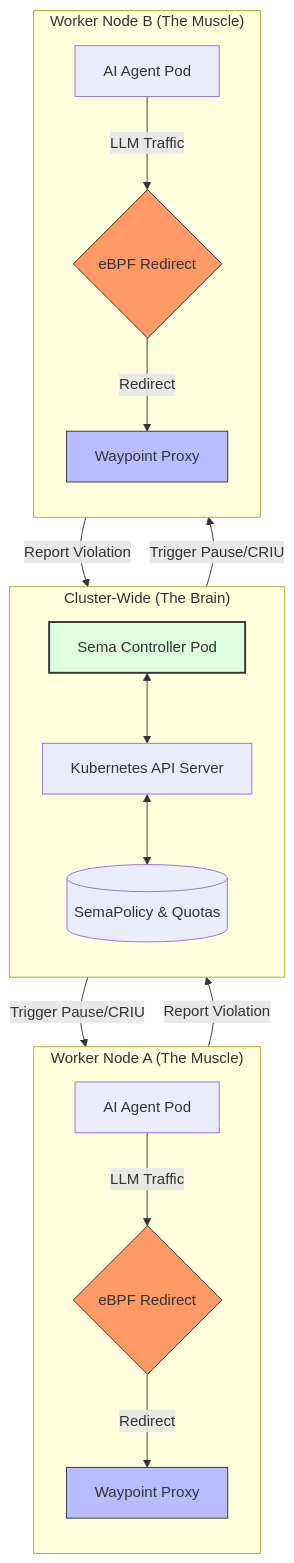
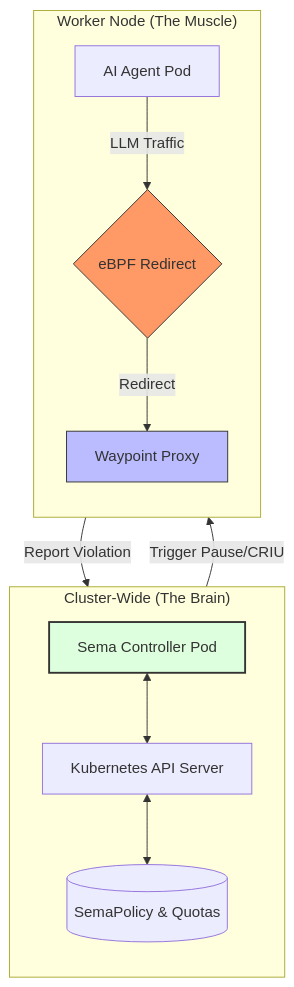
The diagram in README.md (semamesh/SemaMesh), drawn with Mermaid before and after one commit. The commit also changed other lines of this file and 11 other files, not shown here.

````diff
--- a/README.md
+++ b/README.md
@@ -36,44 +32,30 @@
 ```mermaid
 graph TD
-  subgraph "Cluster-Wide (The Brain)"
-    direction TB
-    Controller[Sema Controller Pod]
-    K8sAPI[Kubernetes API Server]
-    CRD[(SemaPolicy & Quotas)]
+    subgraph "Cluster-Wide (The Brain)"
+        direction TB
+        Controller[Sema Controller Pod]
+        K8sAPI[Kubernetes API Server]
+        CRD[(SemaPolicy & Quotas)]
 
-    Controller <--> K8sAPI
-    K8sAPI <--> CRD
-  end
+        Controller <--> K8sAPI
+        K8sAPI <--> CRD
+    end
 
-  subgraph "Worker Node A (The Muscle)"
-    direction TB
-    AgentA[AI Agent Pod]
-    eBPFA{eBPF Redirect}
-    WaypointA[Waypoint Proxy]
+    subgraph "Worker Node (The Muscle)"
+        direction TB
+        AgentA[AI Agent Pod]
+        eBPFA{eBPF Redirect}
+        WaypointA[Waypoint Proxy]
 
-    AgentA -- "LLM Traffic" --> eBPFA
-    eBPFA -- "Redirect" --> WaypointA
-    WaypointA -- "Report Violation" --> K8sAPI
-  end
-
-  subgraph "Worker Node B (The Muscle)"
-    direction TB
-    AgentB[AI Agent Pod]
-    eBPFB{eBPF Redirect}
-    WaypointB[Waypoint Proxy]
-
-    AgentB -- "LLM Traffic" --> eBPFB
-    eBPFB -- "Redirect" --> WaypointB
-    WaypointB -- "Report Violation" --> K8sAPI
-  end
+        AgentA -- "LLM Traffic" --> eBPFA
+        eBPFA -- "Redirect" --> WaypointA
+        WaypointA -- "Report Violation" --> K8sAPI
+    end
 
 %% Controller actions
-  Controller -- "Trigger Pause/CRIU" --> WaypointA
-  Controller -- "Trigger Pause/CRIU" --> WaypointB
+    Controller -- "Trigger Pause/CRIU" --> WaypointA
 
-  style Controller fill:#dfd,stroke:#333,stroke-width:2px
-  style WaypointA fill:#bbf,stroke:#333
-  style WaypointB fill:#bbf,stroke:#333
-  style eBPFA fill:#f96,stroke:#333
-  style eBPFB fill:#f96,stroke:#333
+    style Controller fill:#dfd,stroke:#333,stroke-width:2px
+    style WaypointA fill:#bbf,stroke:#333
+    style eBPFA fill:#f96,stroke:#333
 ```
````
